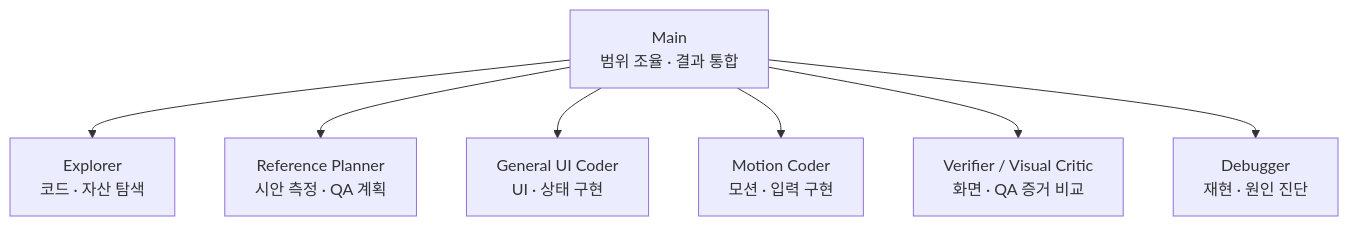
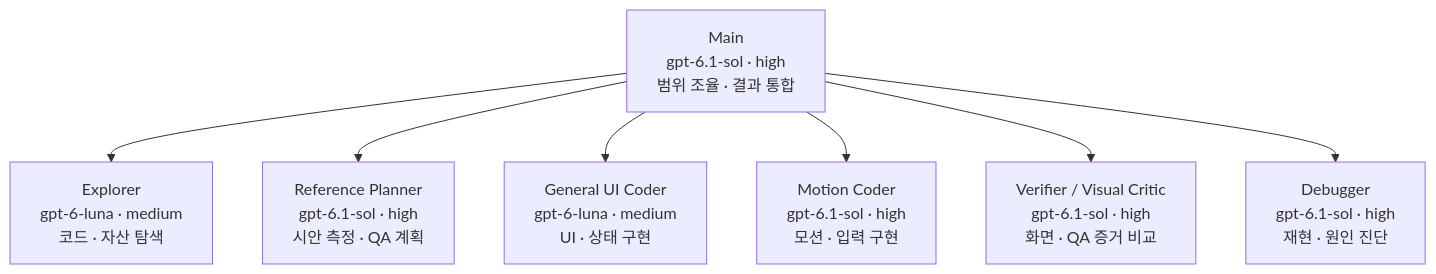
The diagram in docs/agent-roles.md (tnfh23-web/skills-hooks), drawn with Mermaid before and after one commit. The commit also changed other lines of this file and 9 other files, not shown here.

Commit message:
chore: update agent models to GPT-6.1 Sol and GPT-6 Luna

````diff
--- a/docs/agent-roles.md
+++ b/docs/agent-roles.md
@@ -13,10 +13,10 @@
 ```mermaid
 flowchart TB
-    Main["Main<br/>범위 조율 · 결과 통합"]
-    Main --> Explorer["Explorer<br/>코드 · 자산 탐색"]
-    Main --> Planner["Reference Planner<br/>시안 측정 · QA 계획"]
-    Main --> UI["General UI Coder<br/>UI · 상태 구현"]
-    Main --> Motion["Motion Coder<br/>모션 · 입력 구현"]
-    Main --> Verifier["Verifier / Visual Critic<br/>화면 · QA 증거 비교"]
-    Main --> Debugger["Debugger<br/>재현 · 원인 진단"]
+    Main["Main<br/>gpt-6.1-sol · high<br/>범위 조율 · 결과 통합"]
+    Main --> Explorer["Explorer<br/>gpt-6-luna · medium<br/>코드 · 자산 탐색"]
+    Main --> Planner["Reference Planner<br/>gpt-6.1-sol · high<br/>시안 측정 · QA 계획"]
+    Main --> UI["General UI Coder<br/>gpt-6-luna · medium<br/>UI · 상태 구현"]
+    Main --> Motion["Motion Coder<br/>gpt-6.1-sol · high<br/>모션 · 입력 구현"]
+    Main --> Verifier["Verifier / Visual Critic<br/>gpt-6.1-sol · high<br/>화면 · QA 증거 비교"]
+    Main --> Debugger["Debugger<br/>gpt-6.1-sol · high<br/>재현 · 원인 진단"]
 ```
````
